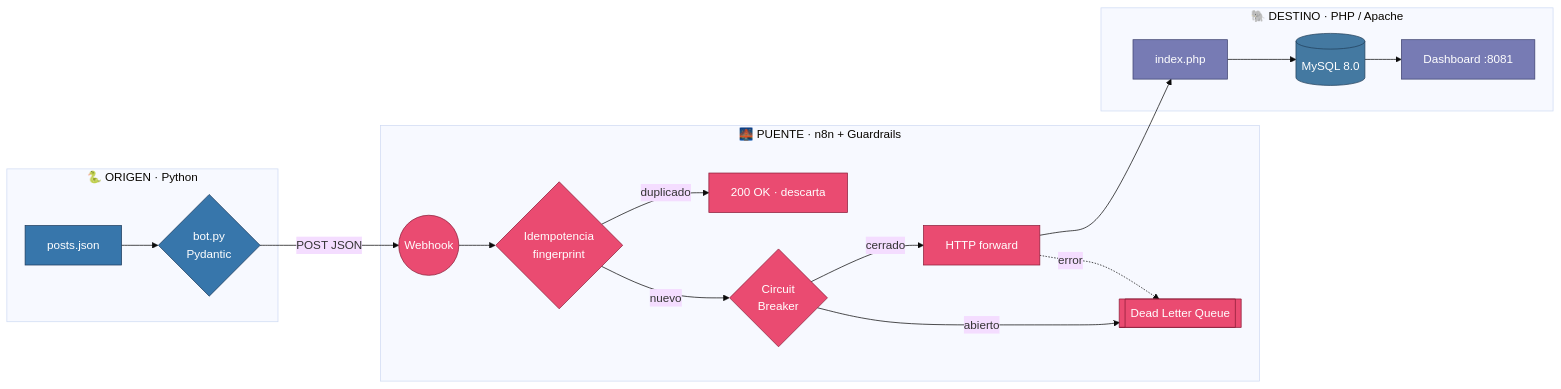
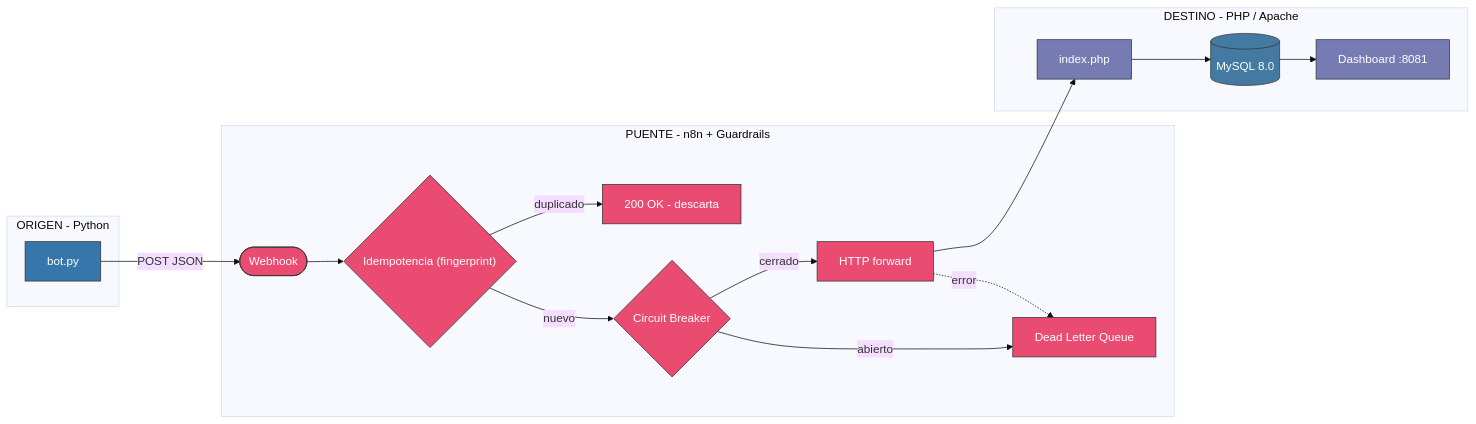
One commit to vladimiracunadev-create/social-bot-scheduler changed the first of 2 diagrams in cases/01-python-to-php/ARCHITECTURE.md. Above: the diagram before and after it, drawn with Mermaid (base theme). The commit also changed other lines of this file and 8 other files, not shown here.

First line of the commit message:
fix(diagrams): Mermaid compatible con GitHub (securityLevel strict)

````diff
--- a/cases/01-python-to-php/ARCHITECTURE.md
+++ b/cases/01-python-to-php/ARCHITECTURE.md
@@ -29,32 +29,32 @@
 ```mermaid
 flowchart LR
-    subgraph ORIGIN["🐍 ORIGEN · Python"]
-        A[posts.json] --> B{bot.py<br/>Pydantic}
+    subgraph ORIGIN["ORIGEN - Python"]
+        B["bot.py"]
     end
 
-    subgraph BRIDGE["🌉 PUENTE · n8n + Guardrails"]
-        C((Webhook)) --> IDEM{Idempotencia<br/>fingerprint}
-        IDEM -- duplicado --> DISCARD[200 OK · descarta]
-        IDEM -- nuevo --> CB{Circuit<br/>Breaker}
-        CB -- cerrado --> FWD[HTTP forward]
-        CB -- abierto --> DLQ[[Dead Letter Queue]]
+    subgraph BRIDGE["PUENTE - n8n + Guardrails"]
+        C(["Webhook"]) --> IDEM{"Idempotencia (fingerprint)"}
+        IDEM -->|duplicado| DISCARD["200 OK - descarta"]
+        IDEM -->|nuevo| CBK{"Circuit Breaker"}
+        CBK -->|cerrado| FWD["HTTP forward"]
+        CBK -->|abierto| DLQ["Dead Letter Queue"]
     end
 
-    subgraph DEST["🐘 DESTINO · PHP / Apache"]
-        FWD --> H[index.php]
-        H --> DB[(MySQL 8.0)]
-        DB --> DASH[Dashboard :8081]
+    subgraph DEST["DESTINO - PHP / Apache"]
+        FWD --> H["index.php"]
+        H --> DB[("MySQL 8.0")]
+        DB --> DASH["Dashboard :8081"]
     end
 
-    B -- POST JSON --> C
-    FWD -. error .-> DLQ
+    B -->|POST JSON| C
+    FWD -.->|error| DLQ
 
-    classDef origin fill:#3776AB,stroke:#1b3a5c,color:#fff
-    classDef bridge fill:#EA4B71,stroke:#8c1c38,color:#fff
-    classDef dest fill:#777BB4,stroke:#3f4370,color:#fff
-    classDef db fill:#4479A1,stroke:#22405c,color:#fff
-    class A,B origin
-    class C,IDEM,CB,FWD,DLQ,DISCARD bridge
+    classDef origin fill:#3776AB,stroke:#333,color:#fff
+    classDef bridge fill:#EA4B71,stroke:#333,color:#fff
+    classDef dest fill:#777BB4,stroke:#333,color:#fff
+    classDef db fill:#4479A1,stroke:#333,color:#fff
+    class B origin
+    class C,IDEM,CBK,FWD,DLQ,DISCARD bridge
     class H,DASH dest
     class DB db
 ```
````
